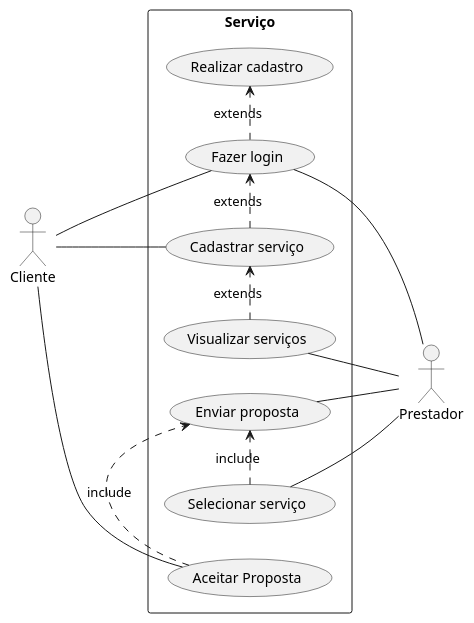
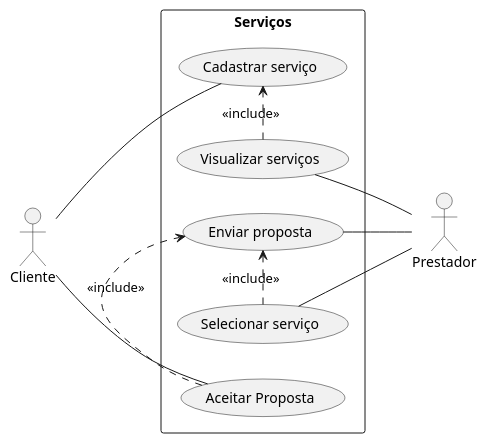
One commit to edemarcos/plantUML changed the diagram in casosDeUso.puml. Above: the diagram before and after it, drawn with PlantUML. The commit also changed 2 other files, not shown here.

```diff
--- a/casosDeUso.puml
+++ b/casosDeUso.puml
@@ -1,20 +1,16 @@
-@startuml
+@startuml Criar Serviço
 left to right direction
 skinparam packageStyle rectangle
 actor Prestador
 actor Cliente
-rectangle Serviço {
-  Cliente -- (Fazer login)
-  (Fazer login) .> (Realizar cadastro) : extends
+rectangle Serviços {
   Cliente -- (Cadastrar serviço)
-  (Cadastrar serviço).>(Fazer login) : extends
-  (Fazer login) -- Prestador
   (Selecionar serviço) -- Prestador
-  (Visualizar serviços) .> (Cadastrar serviço) : extends
+  (Visualizar serviços) .> (Cadastrar serviço) : << include >>
   (Visualizar serviços) -- Prestador 
   Cliente -- (Aceitar Proposta)
   (Enviar proposta) -- Prestador
-  (Selecionar serviço) .> (Enviar proposta) : include 
-  (Aceitar Proposta).> (Enviar proposta) : include 
+  (Selecionar serviço) .> (Enviar proposta) : << include >> 
+  (Aceitar Proposta).> (Enviar proposta) : << include >>
 }
 @enduml
```
